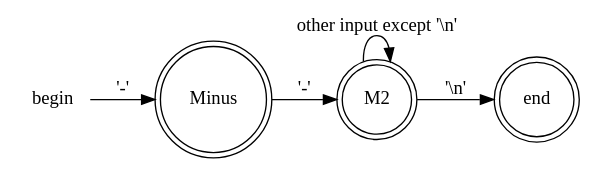
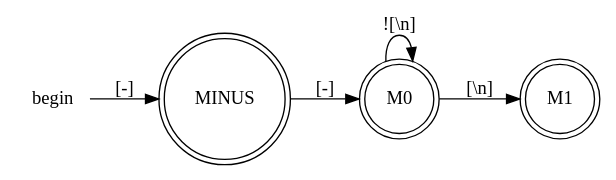
The second of 7 diagrams in src/parser/doc/lexer.org (cxrasdfg/sdb), drawn with Graphviz before and after one commit. The commit also changed other lines of this file and 7 other files, not shown here.

Commit message:
[finish] doc/lexer.org toatal FA graph

```diff
--- a/src/parser/doc/lexer.org
+++ b/src/parser/doc/lexer.org
@@ -21,15 +21,14 @@
      #+BEGIN_SRC  dot :file ./comment_fa.png :exports results
      digraph C_NFA_1 {
      rankdir = LR;
      node [shape = circle];
      begin [shape = none];
-     end [shape = doublecircle];
-     Minus [shape = doublecircle];
-     M2 [shape = doublecircle];
-
-     begin -> Minus [label = "'-'"];
-     Minus -> M2 [label = "'-'"];
-     M2 -> end [label = "'\\n'"];
-     M2 -> M2 [label = "other input except '\\n'"];
+     M0 [shape = doublecircle];
+     M1 [shape = doublecircle];
+     MINUS [shape = doublecircle];
+     begin -> MINUS [label = "[-]"];
+     MINUS -> M0 [label = "[-]"];
+     M0 -> M1 [label = "[\\n]"];
+     M0 -> M0 [label = "![\\n]"];
      }
      #+END_SRC
```
